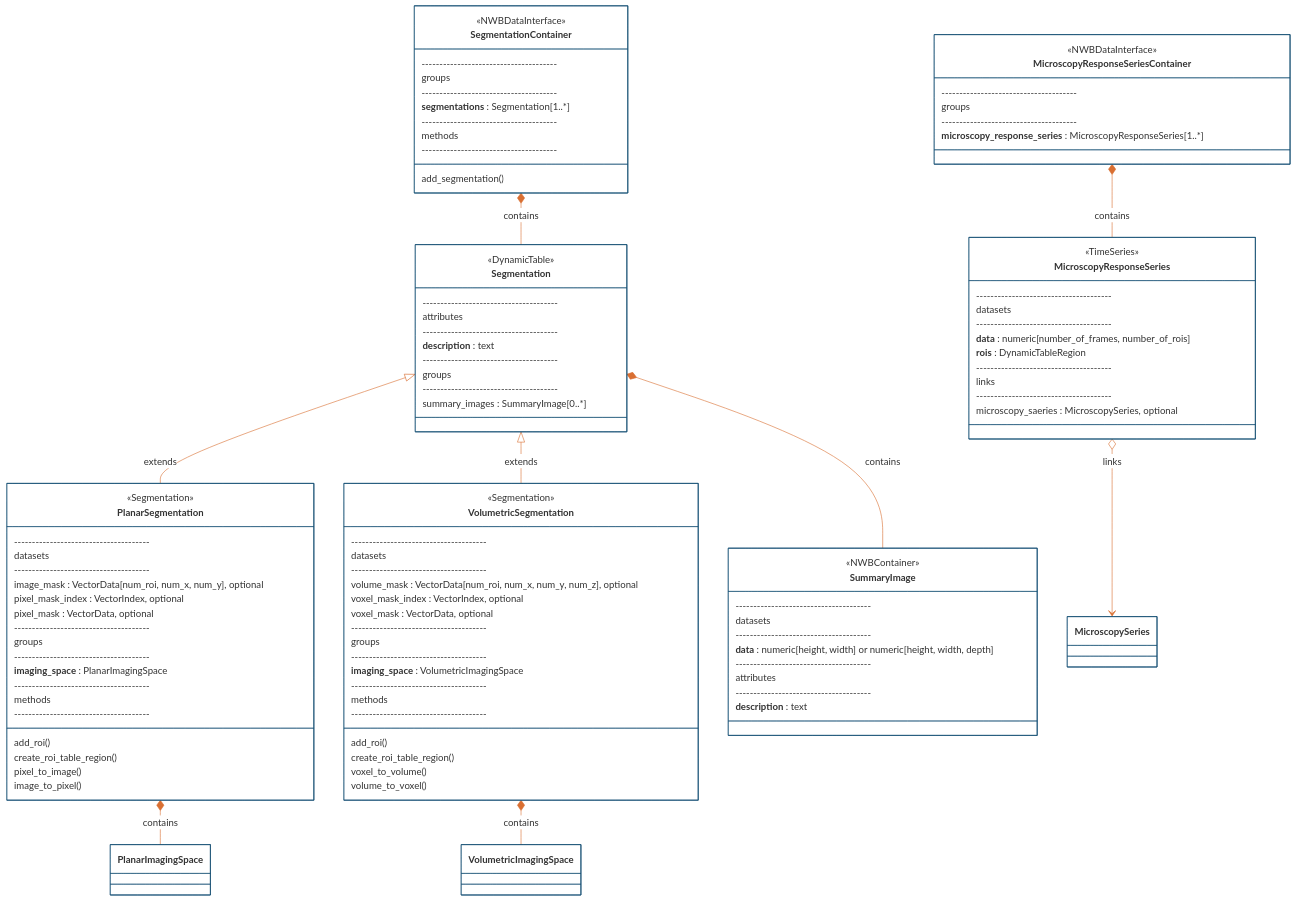
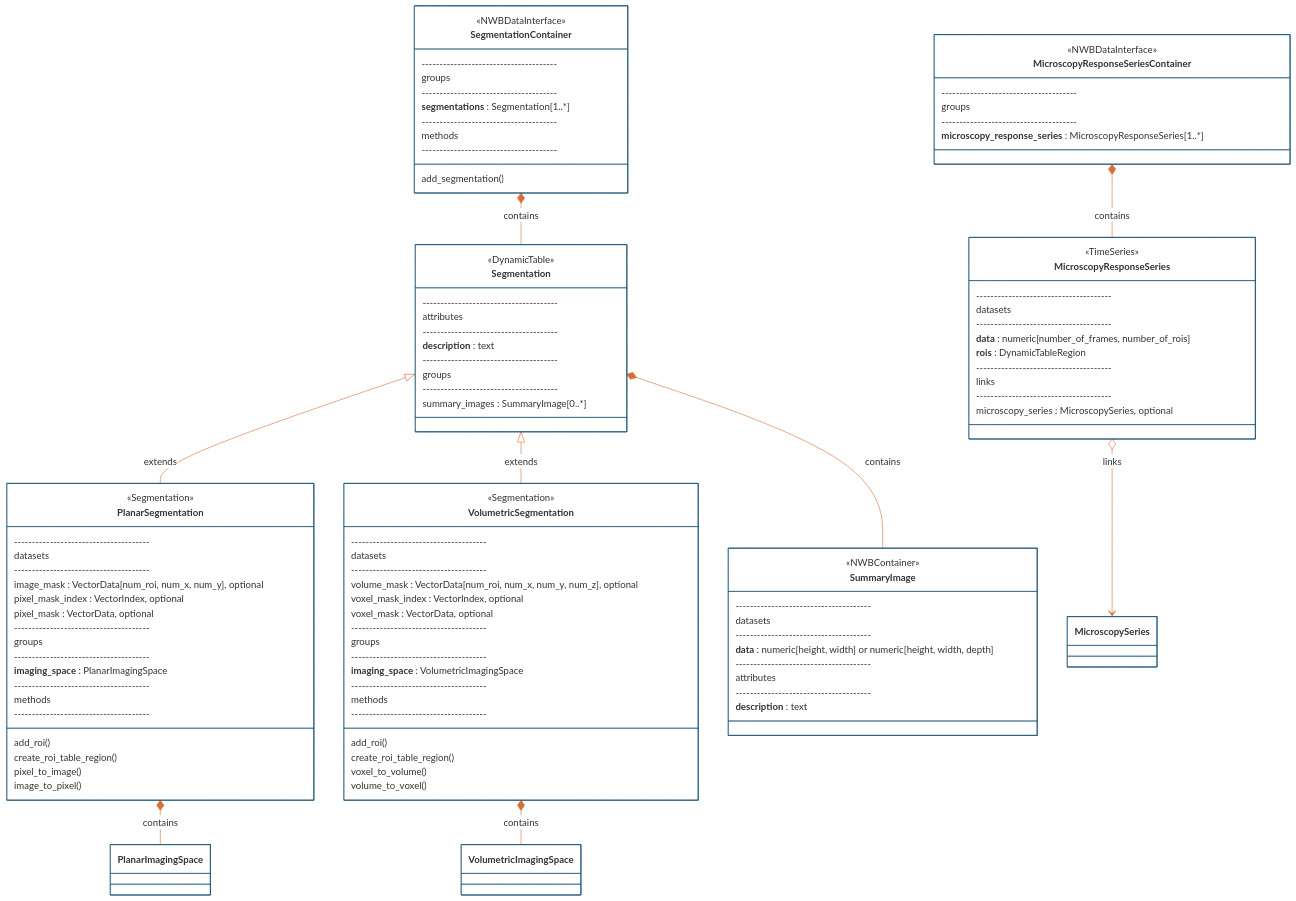
Before and after one commit to catalystneuro/ndx-microscopy: the fourth of 4 diagrams in README.md, drawn with Mermaid. The commit also changed other lines of this file and 3 other files, not shown here.

```diff
--- a/README.md
+++ b/README.md
@@ -483,7 +485,7 @@
         --------------------------------------
         links
         --------------------------------------
-        microscopy_saeries : MicroscopySeries, optional
+        microscopy_series : MicroscopySeries, optional
     }
 
     class MicroscopyResponseSeriesContainer {
```
